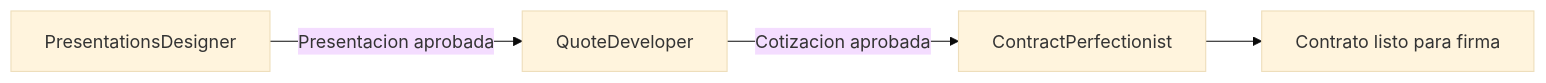
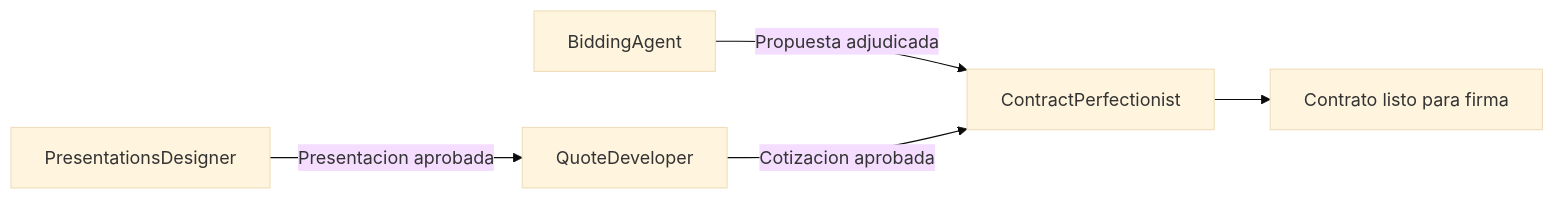
Before and after one commit to GustavoAdolfoNavarroPacheco/FullService-Agents: the diagram in README.md, drawn with Mermaid (base theme). The commit also changed other lines of this file and 68 other files, not shown here.

````diff
--- a/README.md
+++ b/README.md
@@ -132,6 +151,7 @@
 ```mermaid
 graph LR
     A["PresentationsDesigner"] -->|Presentacion aprobada| B["QuoteDeveloper"]
+    L["BiddingAgent"] -->|Propuesta adjudicada| C["ContractPerfectionist"]
     B -->|Cotizacion aprobada| C["ContractPerfectionist"]
     C --> D["Contrato listo para firma"]
 ```
````
